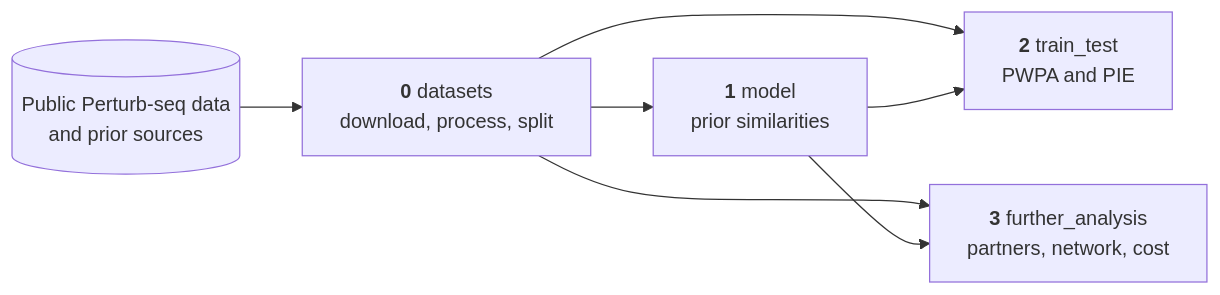
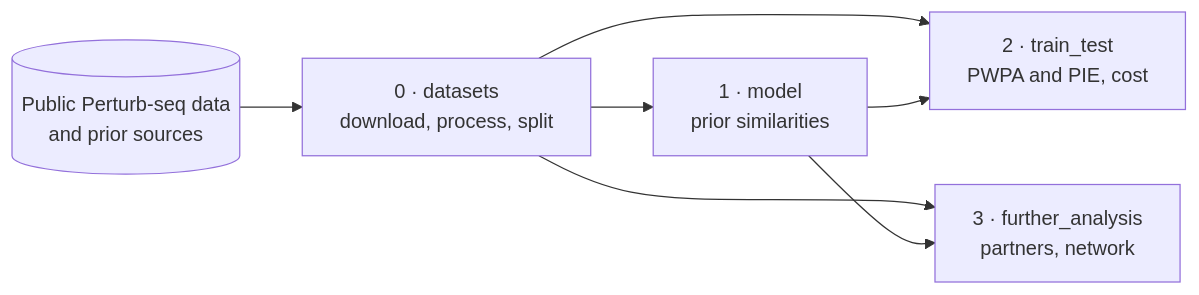
Before and after one commit to roshankern/prior_weighted_partner_average: the diagram in README.md, drawn with Mermaid. The commit also changed other lines of this file and 49 other files, not shown here.

````diff
--- a/README.md
+++ b/README.md
@@ -36,9 +24,9 @@
 ```mermaid
 flowchart LR
-    P[("Public Perturb-seq data<br/>and prior sources")] --> D["<b>0</b> datasets<br/>download, process, split"]
-    D --> M["<b>1</b> model<br/>prior similarities"]
-    D --> T["<b>2</b> train_test<br/>PWPA and PIE"]
+    P[("Public Perturb-seq data<br/>and prior sources")] --> D["0 · datasets<br/>download, process, split"]
+    D --> M["1 · model<br/>prior similarities"]
+    D --> T["2 · train_test<br/>PWPA and PIE, cost"]
     M --> T
-    D --> F["<b>3</b> further_analysis<br/>partners, network, cost"]
+    D --> F["3 · further_analysis<br/>partners, network"]
     M --> F
 ```
````
